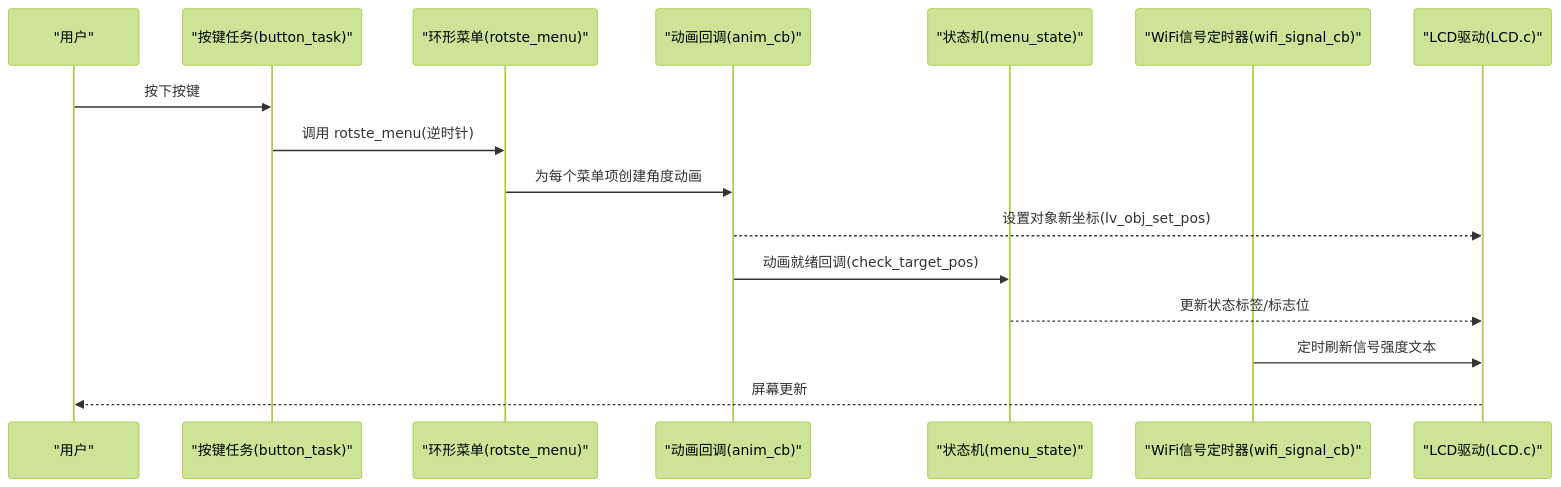
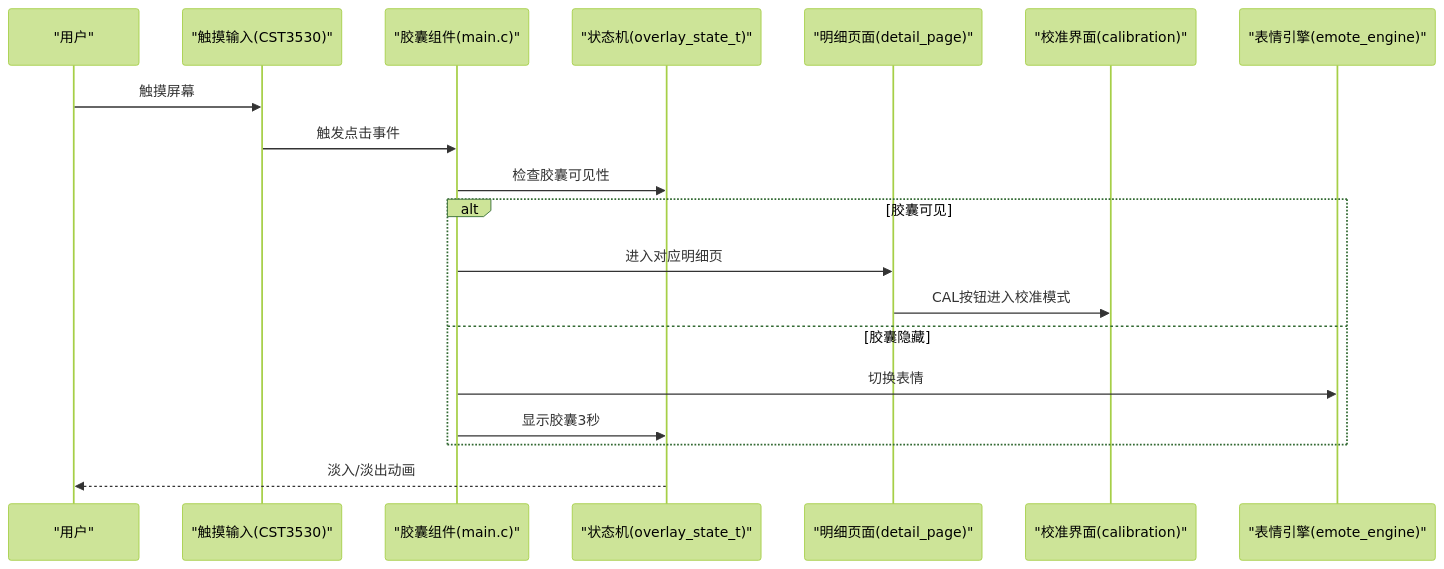
Before and after one commit to hennychen/PathFinder_LCD: the second of 5 diagrams in .qoder/repowiki/zh/content/用户界面设计/用户界面设计.md, drawn with Mermaid (forest theme). The commit also changed other lines of this file and 5 other files, not shown here.

````diff
--- a/.qoder/repowiki/zh/content/用户界面设计/用户界面设计.md
+++ b/.qoder/repowiki/zh/content/用户界面设计/用户界面设计.md
@@ -112,18 +109,21 @@
 ```mermaid
 sequenceDiagram
 participant User as "用户"
-participant Task as "按键任务(button_task)"
-participant Menu as "环形菜单(rotste_menu)"
-participant Anim as "动画回调(anim_cb)"
-participant State as "状态机(menu_state)"
-participant Timer as "WiFi信号定时器(wifi_signal_cb)"
-participant Display as "LCD驱动(LCD.c)"
-User->>Task : 按下按键
-Task->>Menu : 调用 rotste_menu(逆时针)
-Menu->>Anim : 为每个菜单项创建角度动画
-Anim-->>Display : 设置对象新坐标(lv_obj_set_pos)
-Anim->>State : 动画就绪回调(check_target_pos)
-State-->>Display : 更新状态标签/标志位
-Timer->>Display : 定时刷新信号强度文本
-Display-->>User : 屏幕更新
+participant Touch as "触摸输入(CST3530)"
+participant UI as "胶囊组件(main.c)"
+participant State as "状态机(overlay_state_t)"
+participant Detail as "明细页面(detail_page)"
+participant Calib as "校准界面(calibration)"
+participant Emote as "表情引擎(emote_engine)"
+User->>Touch : 触摸屏幕
+Touch->>UI : 触发点击事件
+UI->>State : 检查胶囊可见性
+alt 胶囊可见
+UI->>Detail : 进入对应明细页
+Detail->>Calib : CAL按钮进入校准模式
+else 胶囊隐藏
+UI->>Emote : 切换表情
+UI->>State : 显示胶囊3秒
+end
+State-->>User : 淡入/淡出动画
 ```
````
